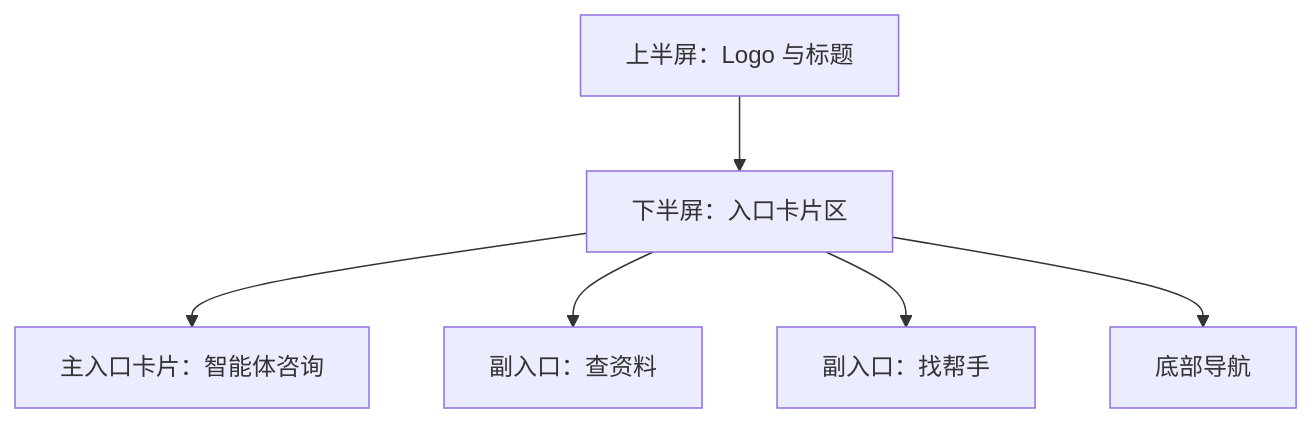
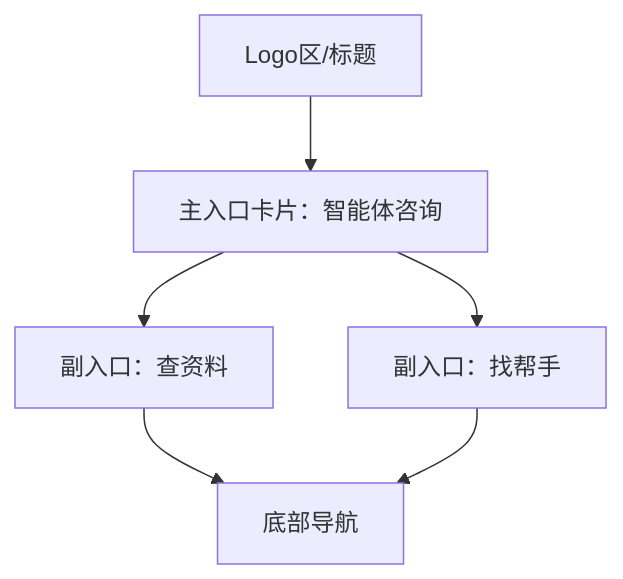
Before and after one commit to Young-Hearts-Agent-Platform-developer/Young-Hearts-Agent-Platform-frontend-react: the diagram in docs/page-designs/首页-页面设计.md, drawn with Mermaid. The commit also changed other lines of this file and 6 other files, not shown here.

````diff
--- a/docs/page-designs/首页-页面设计.md
+++ b/docs/page-designs/首页-页面设计.md
@@ -22,14 +20,13 @@
 ```mermaid
 graph TD
-  Top[上半屏：Logo 与标题]
-  BottomArea[下半屏：入口卡片区]
-  Main[主入口卡片：智能体咨询]
-  Sub1[副入口：查资料]
-  Sub2[副入口：找帮手]
-  Nav[底部导航]
-  Top --> BottomArea
-  BottomArea --> Main
-  BottomArea --> Sub1
-  BottomArea --> Sub2
-  BottomArea --> Nav
+  Header[Logo区/标题]
+  MainCard[主入口卡片：智能体咨询]
+  SubCard1[副入口：查资料]
+  SubCard2[副入口：找帮手]
+  TabBar[底部导航]
+  Header --> MainCard
+  MainCard --> SubCard1
+  MainCard --> SubCard2
+  SubCard1 --> TabBar
+  SubCard2 --> TabBar
 ```
````
